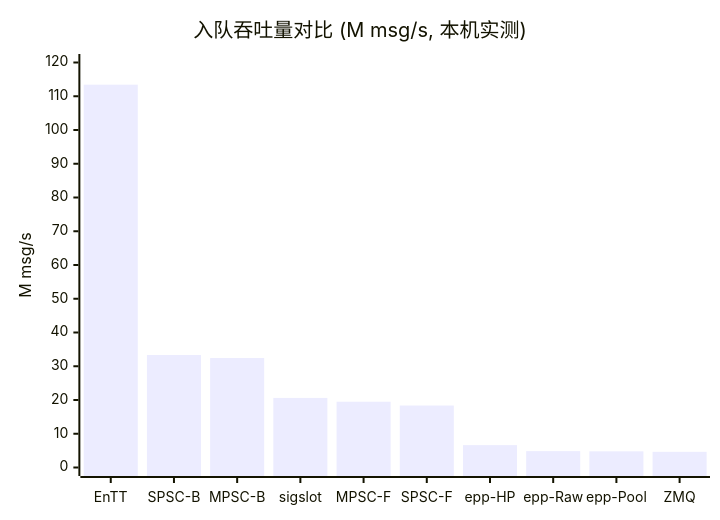
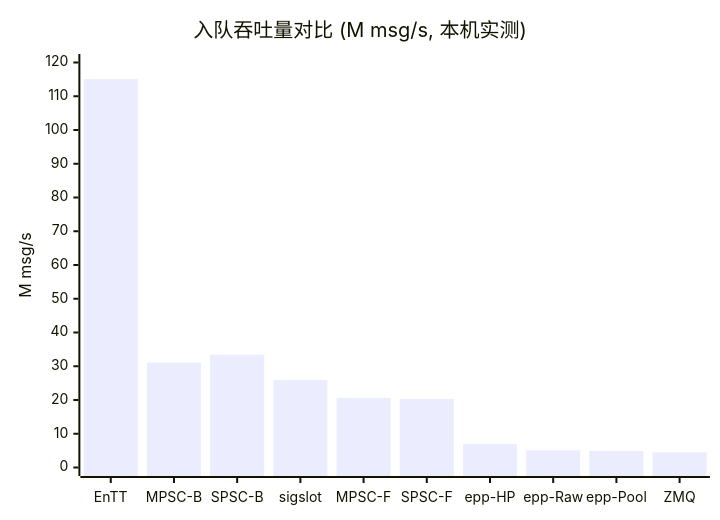
Before and after one commit to DeguiLiu/mccc: the first of 4 diagrams in docs/competitive_analysis.md, drawn with Mermaid. The commit also changed other lines of this file and 17 other files, not shown here.

````diff
--- a/docs/competitive_analysis.md
+++ b/docs/competitive_analysis.md
@@ -135,7 +135,7 @@
 ```mermaid
 xychart-beta
     title "入队吞吐量对比 (M msg/s, 本机实测)"
-    x-axis ["EnTT", "SPSC-B", "MPSC-B", "sigslot", "MPSC-F", "SPSC-F", "epp-HP", "epp-Raw", "epp-Pool", "ZMQ"]
+    x-axis ["EnTT", "MPSC-B", "SPSC-B", "sigslot", "MPSC-F", "SPSC-F", "epp-HP", "epp-Raw", "epp-Pool", "ZMQ"]
     y-axis "M msg/s" 0 --> 120
-    bar [113.43, 33.32, 32.44, 20.62, 19.49, 18.36, 6.63, 4.85, 4.79, 4.65]
+    bar [115.07, 31.09, 33.42, 25.92, 20.61, 20.33, 6.95, 5.11, 4.90, 4.48]
 ```
````
